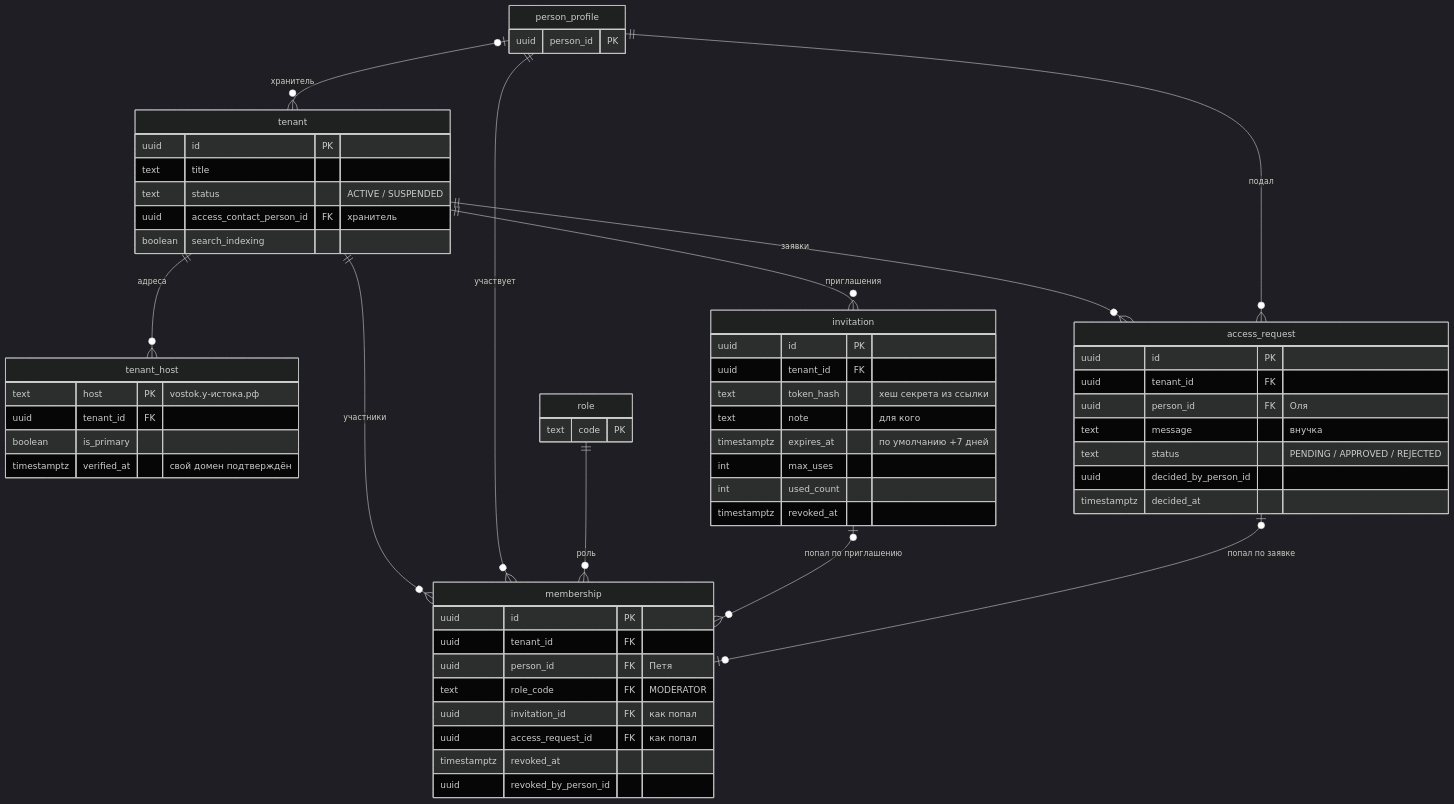
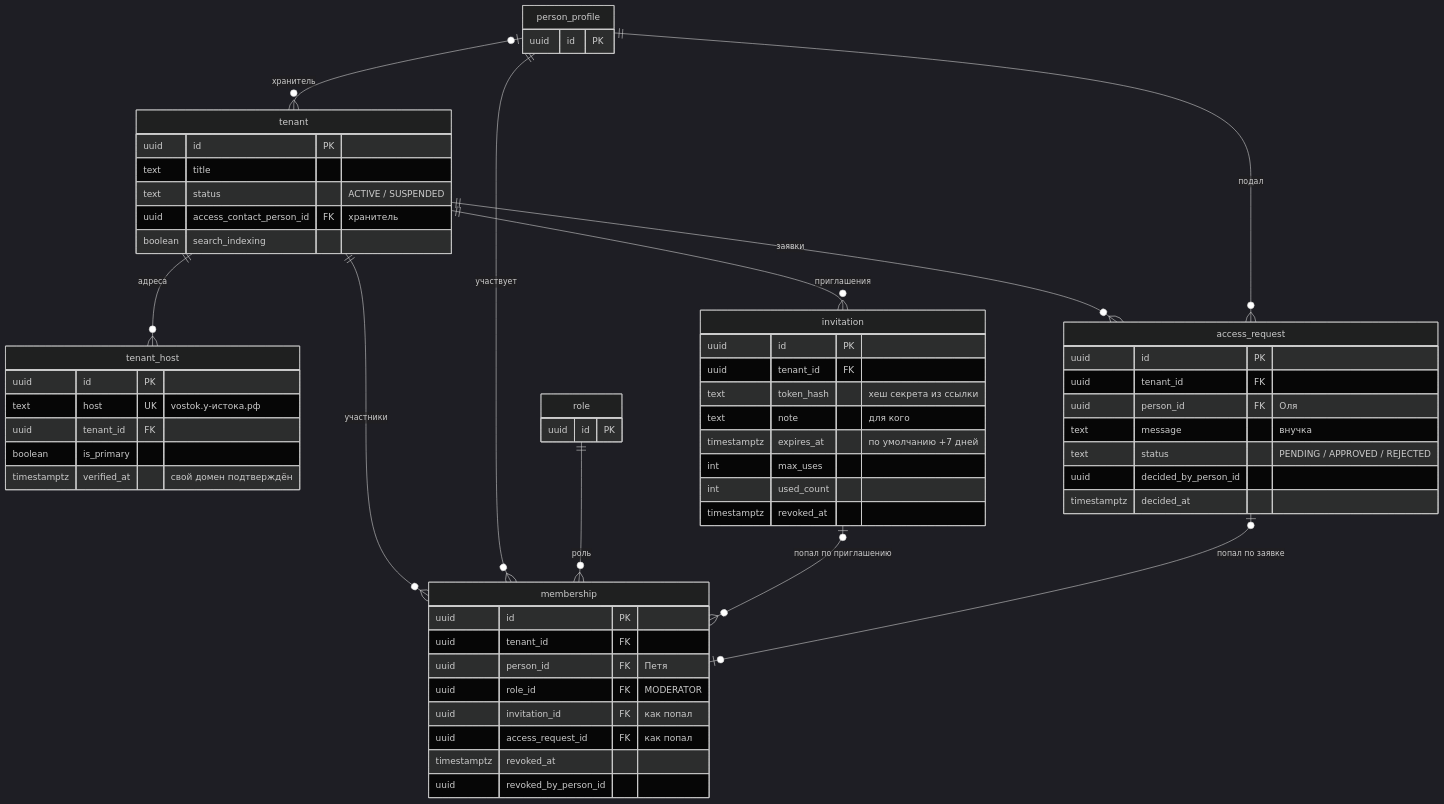
The third of 4 diagrams in domain_model/Access-schema.md (KiraKhvan/memory_docs), drawn with Mermaid (dark theme) before and after one commit. The commit also changed other lines of this file and 1 other file, not shown here.

Commit message:
Access schema: uuid id in every table, all references by id

````diff
--- a/domain_model/Access-schema.md
+++ b/domain_model/Access-schema.md
@@ -112,61 +116,62 @@
 ```mermaid
 erDiagram
     tenant ||--o{ tenant_host : "адреса"
     tenant ||--o{ membership : "участники"
     person_profile ||--o{ membership : "участвует"
     role ||--o{ membership : "роль"
     tenant ||--o{ invitation : "приглашения"
     invitation |o--o{ membership : "попал по приглашению"
     tenant ||--o{ access_request : "заявки"
     person_profile ||--o{ access_request : "подал"
     access_request |o--o| membership : "попал по заявке"
     person_profile |o--o{ tenant : "хранитель"
     tenant {
         uuid id PK
         text title
         text status "ACTIVE / SUSPENDED"
         uuid access_contact_person_id FK "хранитель"
         boolean search_indexing
     }
     tenant_host {
-        text host PK "vostok.у-истока.рф"
+        uuid id PK
+        text host UK "vostok.у-истока.рф"
         uuid tenant_id FK
         boolean is_primary
         timestamptz verified_at "свой домен подтверждён"
     }
     membership {
         uuid id PK
         uuid tenant_id FK
         uuid person_id FK "Петя"
-        text role_code FK "MODERATOR"
+        uuid role_id FK "MODERATOR"
         uuid invitation_id FK "как попал"
         uuid access_request_id FK "как попал"
         timestamptz revoked_at
         uuid revoked_by_person_id
     }
     invitation {
         uuid id PK
         uuid tenant_id FK
         text token_hash "хеш секрета из ссылки"
         text note "для кого"
         timestamptz expires_at "по умолчанию +7 дней"
         int max_uses
         int used_count
         timestamptz revoked_at
     }
     access_request {
         uuid id PK
         uuid tenant_id FK
         uuid person_id FK "Оля"
         text message "внучка"
         text status "PENDING / APPROVED / REJECTED"
         uuid decided_by_person_id
         timestamptz decided_at
     }
     person_profile {
-        uuid person_id PK
+        uuid id PK
     }
     role {
-        text code PK
+        uuid id PK
     }
 ```
````
